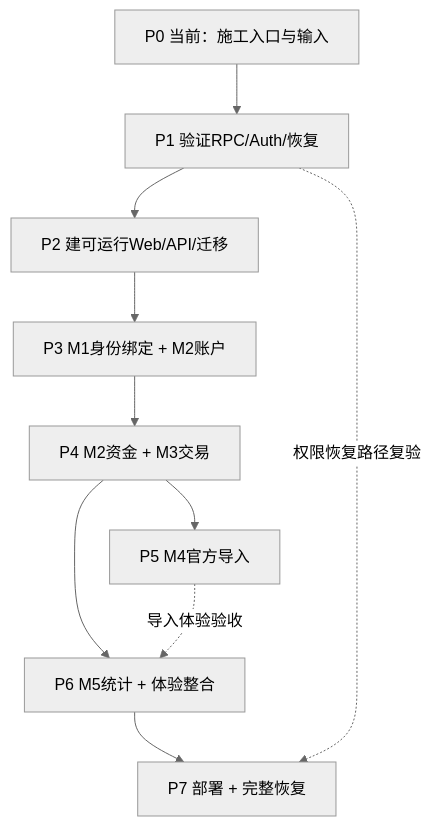
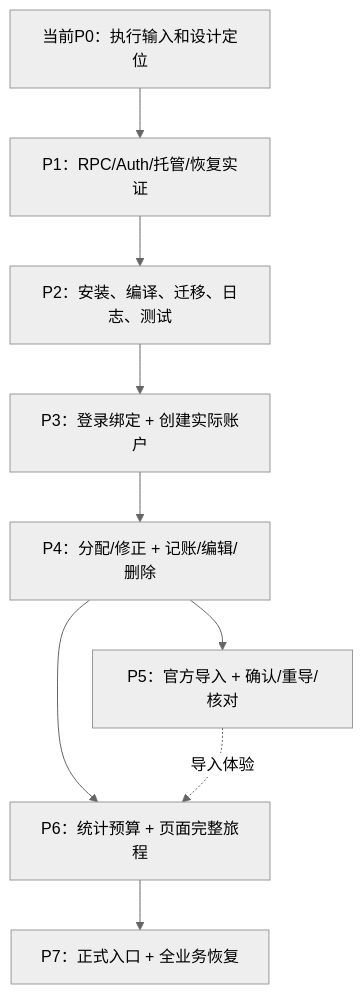
One commit to AsteriaAnna/ledger-final changed the second of 2 diagrams in docs/PHASE_DELIVERIES_AND_DEPENDENCIES.md. Above: the diagram before and after it, drawn with Mermaid (neutral theme). The commit also changed other lines of this file and 2 other files, not shown here.

````diff
--- a/docs/PHASE_DELIVERIES_AND_DEPENDENCIES.md
+++ b/docs/PHASE_DELIVERIES_AND_DEPENDENCIES.md
@@ -74,12 +184,11 @@
 ```mermaid
 flowchart TB
-  P0["P0 当前：施工入口与输入"] --> P1["P1 验证RPC/Auth/恢复"]
-  P1 --> P2["P2 建可运行Web/API/迁移"]
-  P2 --> P3["P3 M1身份绑定 + M2账户"]
-  P3 --> P4["P4 M2资金 + M3交易"]
-  P4 --> P5["P5 M4官方导入"]
-  P4 --> P6["P6 M5统计 + 体验整合"]
-  P5 -.->|导入体验验收| P6
-  P6 --> P7["P7 部署 + 完整恢复"]
-  P1 -.->|权限恢复路径复验| P7
+  P0["当前P0：执行输入和设计定位"] --> P1["P1：RPC/Auth/托管/恢复实证"]
+  P1 --> P2["P2：安装、编译、迁移、日志、测试"]
+  P2 --> P3["P3：登录绑定 + 创建实际账户"]
+  P3 --> P4["P4：分配/修正 + 记账/编辑/删除"]
+  P4 --> P5["P5：官方导入 + 确认/重导/核对"]
+  P4 --> P6["P6：统计预算 + 页面完整旅程"]
+  P5 -.->|导入体验| P6
+  P6 --> P7["P7：正式入口 + 全业务恢复"]
 ```
````
